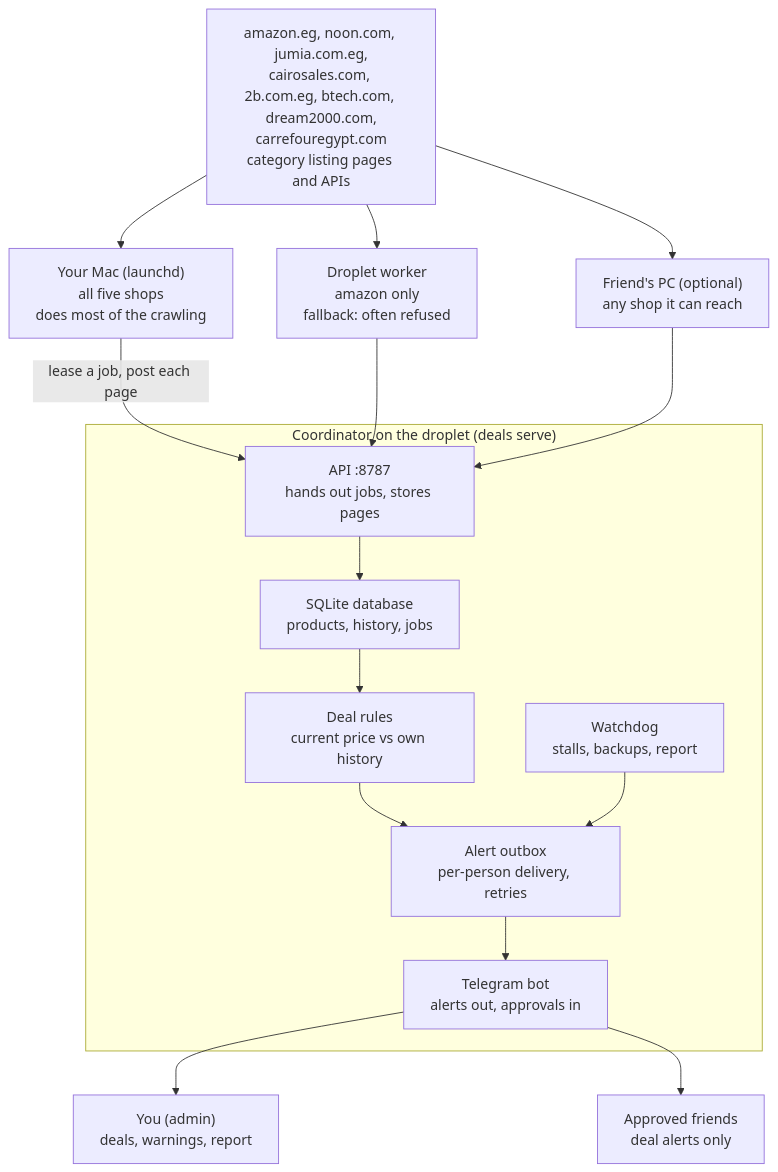
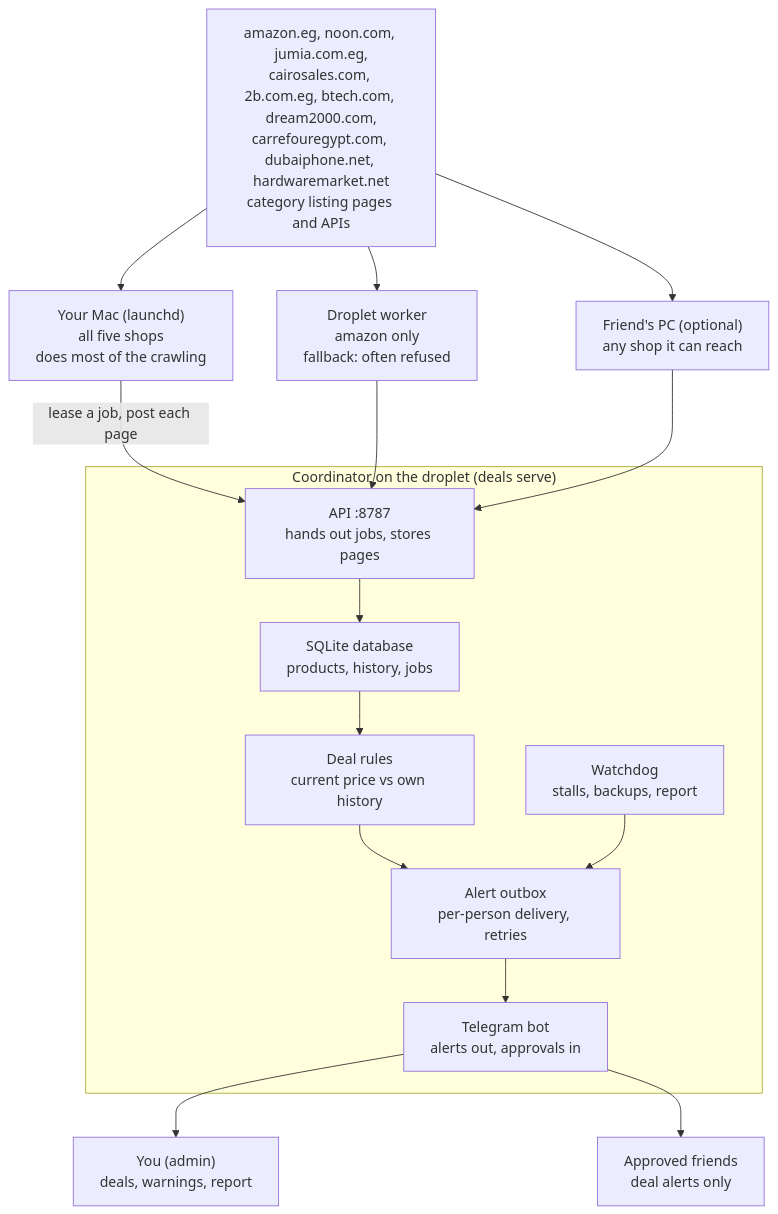
Before and after one commit to mohamed-mahmoud377/e-commerce-discounts-alert: the first of 3 diagrams in docs/GUIDE.md, drawn with Mermaid. The commit also changed other lines of this file and 21 other files, not shown here.

````diff
--- a/docs/GUIDE.md
+++ b/docs/GUIDE.md
@@ -45,17 +45,17 @@
 ```mermaid
 flowchart TB
-    shops["amazon.eg, noon.com, jumia.com.eg,<br/>cairosales.com, 2b.com.eg, btech.com, dream2000.com,<br/>carrefouregypt.com<br/>category listing pages and APIs"]
+    shops["amazon.eg, noon.com, jumia.com.eg,<br/>cairosales.com, 2b.com.eg, btech.com, dream2000.com,<br/>carrefouregypt.com, dubaiphone.net, hardwaremarket.net<br/>category listing pages and APIs"]
     shops --> mac["Your Mac (launchd)<br/>all five shops<br/>does most of the crawling"]
     shops --> dw["Droplet worker<br/>amazon only<br/>fallback: often refused"]
     shops --> fr["Friend's PC (optional)<br/>any shop it can reach"]
     mac -- "lease a job, post each page" --> api
     dw --> api
     fr --> api
     subgraph coord["Coordinator on the droplet (deals serve)"]
         api["API :8787<br/>hands out jobs, stores pages"] --> dbx["SQLite database<br/>products, history, jobs"] --> rules["Deal rules<br/>current price vs own history"]
         rules --> outbox["Alert outbox<br/>per-person delivery, retries"]
         wd["Watchdog<br/>stalls, backups, report"] --> outbox --> bot["Telegram bot<br/>alerts out, approvals in"]
     end
     bot --> admin["You (admin)<br/>deals, warnings, report"]
     bot --> friends["Approved friends<br/>deal alerts only"]
 ```
````
